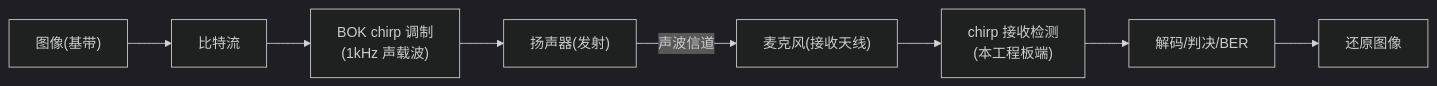
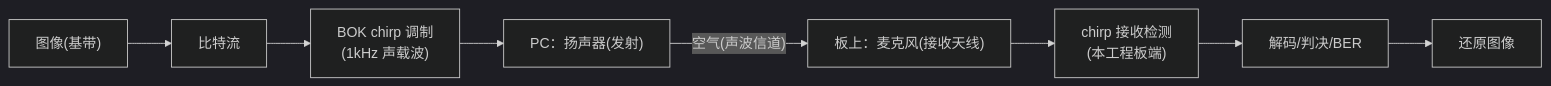
One commit to padhialuo0426/portable-acoustic-sdr changed the first of 2 diagrams in documents/实验二_chirp扩频.md. Above: the diagram before and after it, drawn with Mermaid (dark theme). The commit also changed other lines of this file and 2 other files, not shown here.

First line of the commit message:
docs: 流程图节点标注对象归属，空气改为介质箭头标注

````diff
--- a/documents/实验二_chirp扩频.md
+++ b/documents/实验二_chirp扩频.md
@@ -9,6 +9,6 @@
 ```mermaid
 flowchart LR
-    img["图像(基带)"] --> bits["比特流"] --> mod["BOK chirp 调制<br/>(1kHz 声载波)"] --> spk["扬声器(发射)"]
-    spk -->|声波信道| mic["麦克风(接收天线)"]
+    img["图像(基带)"] --> bits["比特流"] --> mod["BOK chirp 调制<br/>(1kHz 声载波)"] --> spk["PC：扬声器(发射)"]
+    spk -->|"空气(声波信道)"| mic["板上：麦克风(接收天线)"]
     mic --> det["chirp 接收检测<br/>(本工程板端)"] --> dec["解码/判决/BER"] --> out["还原图像"]
 ```
````
